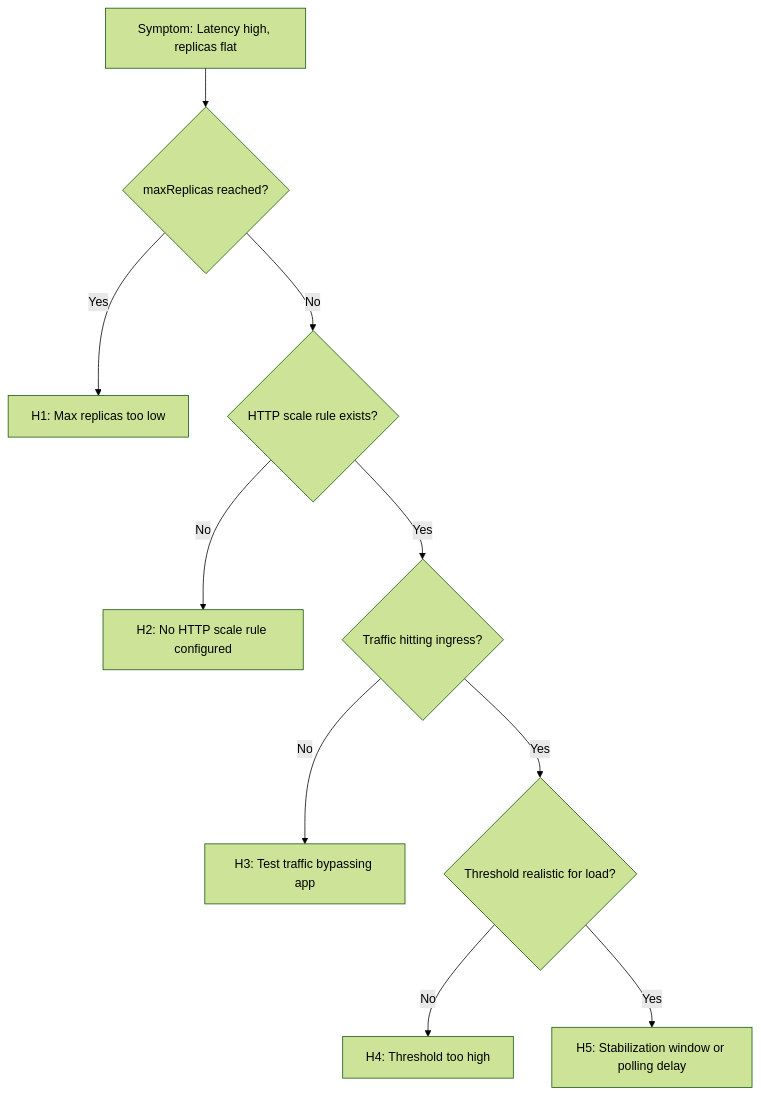
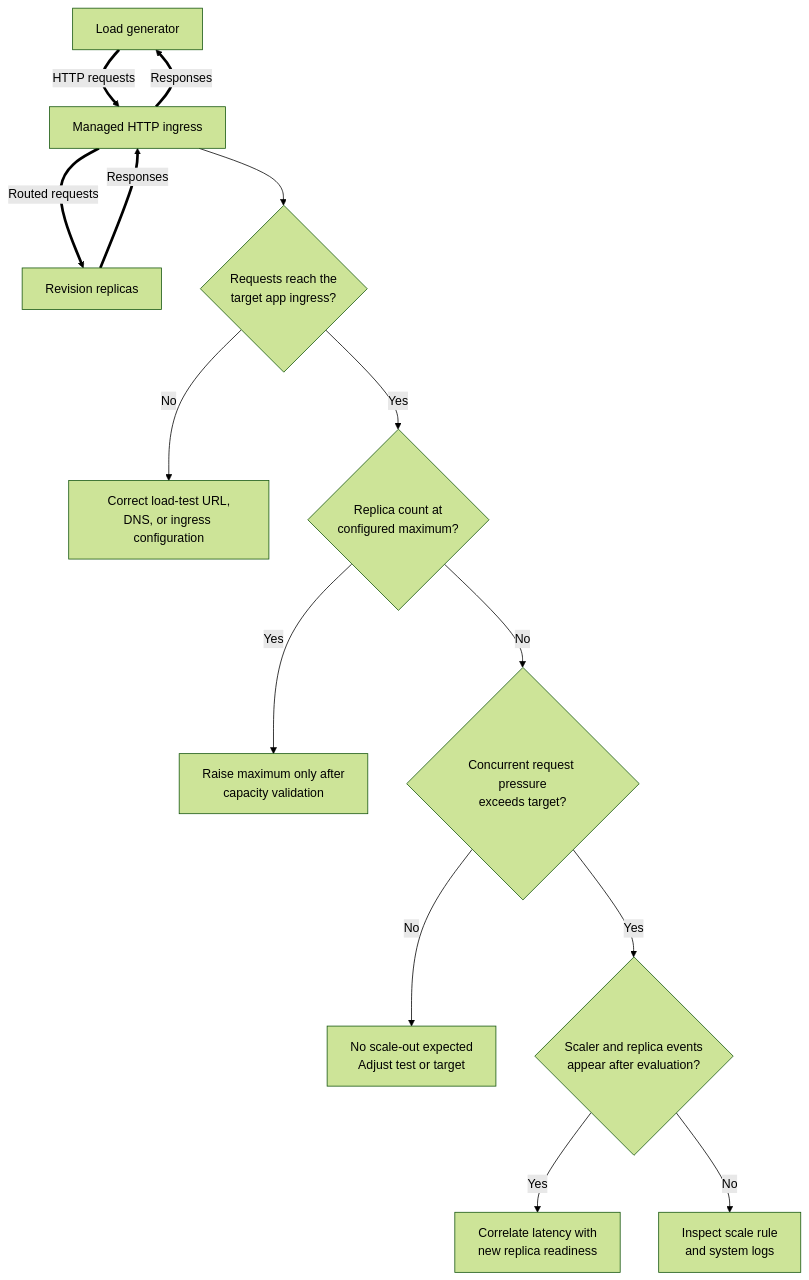
One commit to yeongseon/azure-container-apps-practical-guide changed the diagram in docs/troubleshooting/playbooks/scaling-and-runtime/http-scaling-not-triggering.md. Above: the diagram before and after it, drawn with Mermaid (forest theme). The commit also changed other lines of this file and 28 other files, not shown here.

Commit message:
docs(diagrams): migrate playbook diagnostic flows (#627)

````diff
--- a/docs/troubleshooting/playbooks/scaling-and-runtime/http-scaling-not-triggering.md
+++ b/docs/troubleshooting/playbooks/scaling-and-runtime/http-scaling-not-triggering.md
@@ -37,12 +37,19 @@
 ```mermaid
-graph TD
-    A[Symptom: Latency high, replicas flat] --> B{maxReplicas reached?}
-    B -->|Yes| H1[H1: Max replicas too low]
-    B -->|No| C{HTTP scale rule exists?}
-    C -->|No| H2[H2: No HTTP scale rule configured]
-    C -->|Yes| D{Traffic hitting ingress?}
-    D -->|No| H3[H3: Test traffic bypassing app]
-    D -->|Yes| E{Threshold realistic for load?}
-    E -->|No| H4[H4: Threshold too high]
-    E -->|Yes| H5[H5: Stabilization window or polling delay]
+flowchart TD
+    accTitle: Diagnose HTTP scale-out that does not occur
+    accDescr: Confirm requests pass through managed HTTP ingress, then compare concurrent request pressure with the configured target and replica bounds before investigating delayed scaler behavior.
+
+    CLIENT[Load generator] ==>|HTTP requests| INGRESS[Managed HTTP ingress]
+    INGRESS ==>|Routed requests| REPLICAS[Revision replicas]
+    REPLICAS ==>|Responses| INGRESS
+    INGRESS ==>|Responses| CLIENT
+    INGRESS --> CHECK{Requests reach the<br/>target app ingress?}
+    CHECK -->|No| TARGET[Correct load-test URL,<br/>DNS, or ingress configuration]
+    CHECK -->|Yes| MAX{Replica count at<br/>configured maximum?}
+    MAX -->|Yes| LIMIT[Raise maximum only after<br/>capacity validation]
+    MAX -->|No| PRESSURE{Concurrent request pressure<br/>exceeds target?}
+    PRESSURE -->|No| EXPECTED[No scale-out expected<br/>Adjust test or target]
+    PRESSURE -->|Yes| EVENTS{Scaler and replica events<br/>appear after evaluation?}
+    EVENTS -->|Yes| OBSERVE[Correlate latency with<br/>new replica readiness]
+    EVENTS -->|No| EVIDENCE[Inspect scale rule<br/>and system logs]
 ```
````
